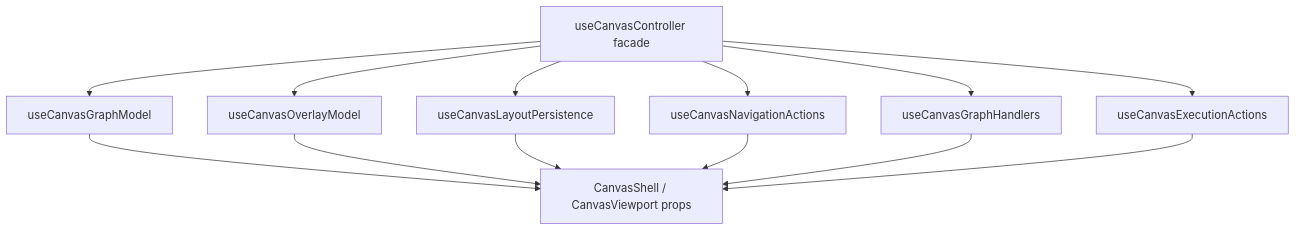
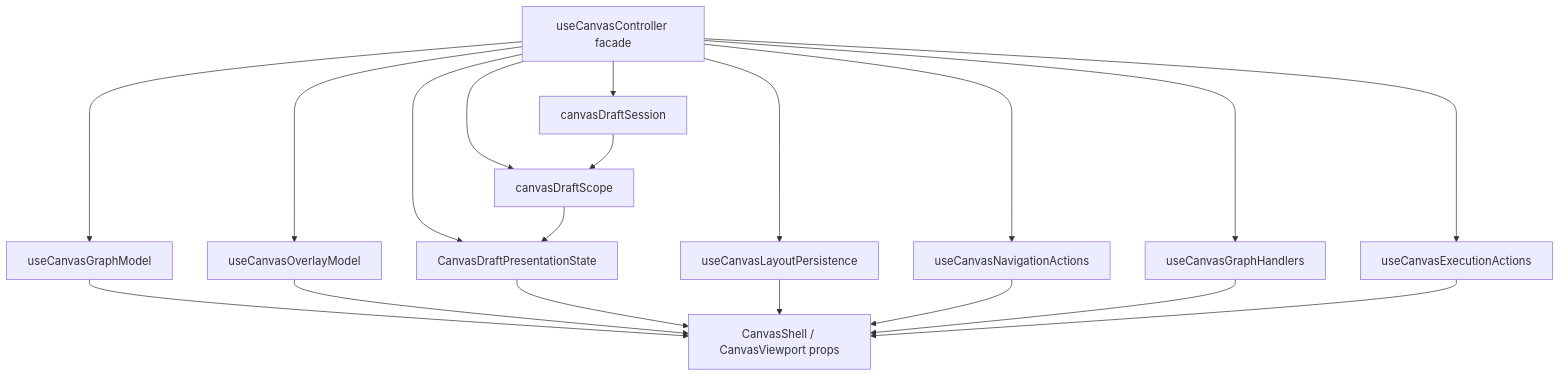
The second of 8 diagrams in docs/architecture/components/web/graph/canvas-controller-current-to-target-architecture.md (dunay2/dvt), drawn with Mermaid before and after one commit. The commit also changed other lines of this file and 2 other files, not shown here.

````diff
--- a/docs/architecture/components/web/graph/canvas-controller-current-to-target-architecture.md
+++ b/docs/architecture/components/web/graph/canvas-controller-current-to-target-architecture.md
@@ -118,16 +157,22 @@
 ```mermaid
 flowchart TB
   Controller["useCanvasController facade"] --> GraphModel["useCanvasGraphModel"]
+  Controller --> DraftSession["canvasDraftSession"]
+  Controller --> DraftScope["canvasDraftScope"]
+  Controller --> Presentation["CanvasDraftPresentationState"]
   Controller --> OverlayModel["useCanvasOverlayModel"]
   Controller --> Persistence["useCanvasLayoutPersistence"]
   Controller --> Navigation["useCanvasNavigationActions"]
   Controller --> Handlers["useCanvasGraphHandlers"]
   Controller --> Execution["useCanvasExecutionActions"]
 
   GraphModel --> Output["CanvasShell / CanvasViewport props"]
+  DraftSession --> DraftScope
+  DraftScope --> Presentation
   OverlayModel --> Output
+  Presentation --> Output
   Persistence --> Output
   Navigation --> Output
   Handlers --> Output
   Execution --> Output
 ```
````
